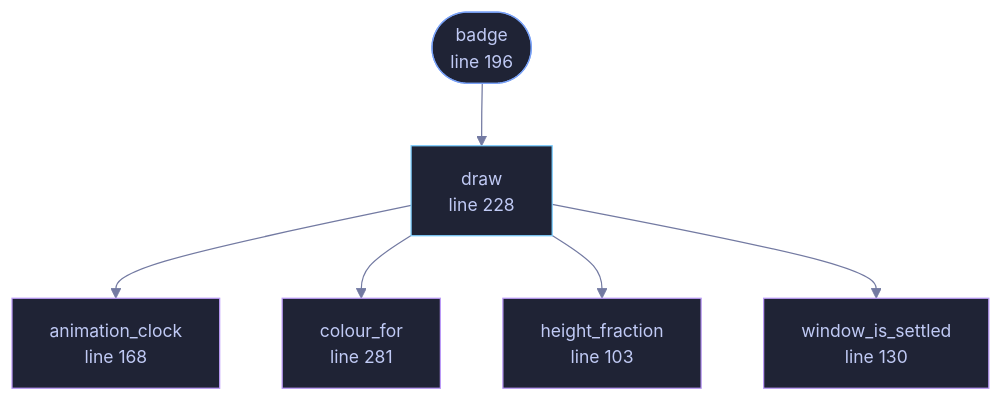
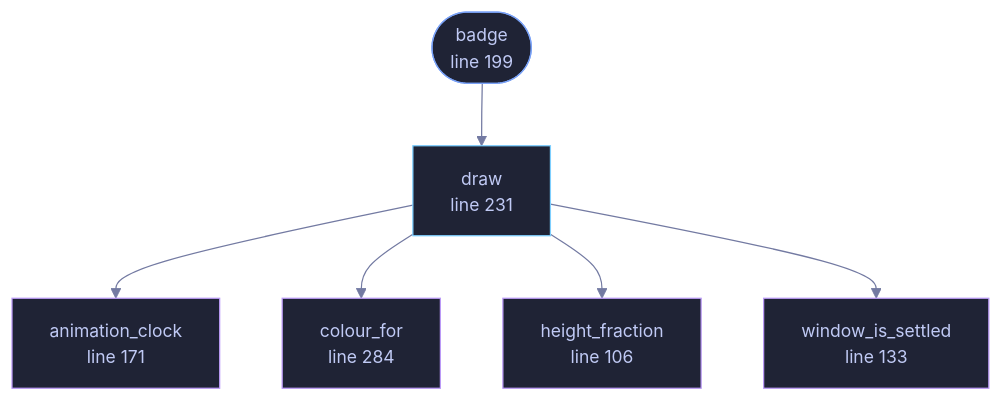
Before and after one commit to tilas01/veilvoice: the diagram in docs/files/veilvoice-gui/soundbar.md, drawn with Mermaid. The commit also changed other lines of this file and 96 other files, not shown here.

````diff
--- a/docs/files/veilvoice-gui/soundbar.md
+++ b/docs/files/veilvoice-gui/soundbar.md
@@ -126,27 +126,27 @@
 ```mermaid
 %%{init: {"theme":"base","themeVariables":{"background":"#1a1b26","primaryColor":"#1f2335","primaryTextColor":"#c0caf5","primaryBorderColor":"#7aa2f7","secondaryColor":"#16161e","tertiaryColor":"#16161e","lineColor":"#737aa2","textColor":"#c0caf5","mainBkg":"#1f2335","nodeBorder":"#7aa2f7","clusterBkg":"#16161e","clusterBorder":"#2f3549","fontFamily":"ui-monospace, SFMono-Regular, Consolas, monospace","fontSize":"14px"}}}%%
 flowchart TD
-    n_height_fraction["height_fraction<br/>line 103"]
-    n_window_is_settled["window_is_settled<br/>line 130"]
-    n_animation_clock["animation_clock<br/>line 168"]
-    n_badge(["badge<br/>line 196"])
-    n_draw["draw<br/>line 228"]
-    n_colour_for["colour_for<br/>line 281"]
+    n_height_fraction["height_fraction<br/>line 106"]
+    n_window_is_settled["window_is_settled<br/>line 133"]
+    n_animation_clock["animation_clock<br/>line 171"]
+    n_badge(["badge<br/>line 199"])
+    n_draw["draw<br/>line 231"]
+    n_colour_for["colour_for<br/>line 284"]
     n_badge --> n_draw
     n_draw --> n_animation_clock
     n_draw --> n_colour_for
     n_draw --> n_height_fraction
     n_draw --> n_window_is_settled
-    click n_height_fraction href "https://github.com/tilas01/veilvoice/blob/main/crates/veilvoice-gui/src/soundbar.rs#L103" "open the source"
-    click n_window_is_settled href "https://github.com/tilas01/veilvoice/blob/main/crates/veilvoice-gui/src/soundbar.rs#L130" "open the source"
-    click n_animation_clock href "https://github.com/tilas01/veilvoice/blob/main/crates/veilvoice-gui/src/soundbar.rs#L168" "open the source"
-    click n_badge href "https://github.com/tilas01/veilvoice/blob/main/crates/veilvoice-gui/src/soundbar.rs#L196" "open the source"
-    click n_draw href "https://github.com/tilas01/veilvoice/blob/main/crates/veilvoice-gui/src/soundbar.rs#L228" "open the source"
-    click n_colour_for href "https://github.com/tilas01/veilvoice/blob/main/crates/veilvoice-gui/src/soundbar.rs#L281" "open the source"
+    click n_height_fraction href "https://github.com/tilas01/veilvoice/blob/main/crates/veilvoice-gui/src/soundbar.rs#L106" "open the source"
+    click n_window_is_settled href "https://github.com/tilas01/veilvoice/blob/main/crates/veilvoice-gui/src/soundbar.rs#L133" "open the source"
+    click n_animation_clock href "https://github.com/tilas01/veilvoice/blob/main/crates/veilvoice-gui/src/soundbar.rs#L171" "open the source"
+    click n_badge href "https://github.com/tilas01/veilvoice/blob/main/crates/veilvoice-gui/src/soundbar.rs#L199" "open the source"
+    click n_draw href "https://github.com/tilas01/veilvoice/blob/main/crates/veilvoice-gui/src/soundbar.rs#L231" "open the source"
+    click n_colour_for href "https://github.com/tilas01/veilvoice/blob/main/crates/veilvoice-gui/src/soundbar.rs#L284" "open the source"
     classDef entry fill:#1f2335,stroke:#7aa2f7,color:#c0caf5
     class n_badge entry
     classDef api fill:#1f2335,stroke:#7dcfff,color:#c0caf5
     class n_draw api
     classDef helper fill:#1f2335,stroke:#bb9af7,color:#c0caf5
     class n_height_fraction,n_window_is_settled,n_animation_clock,n_colour_for helper
 ```
````
